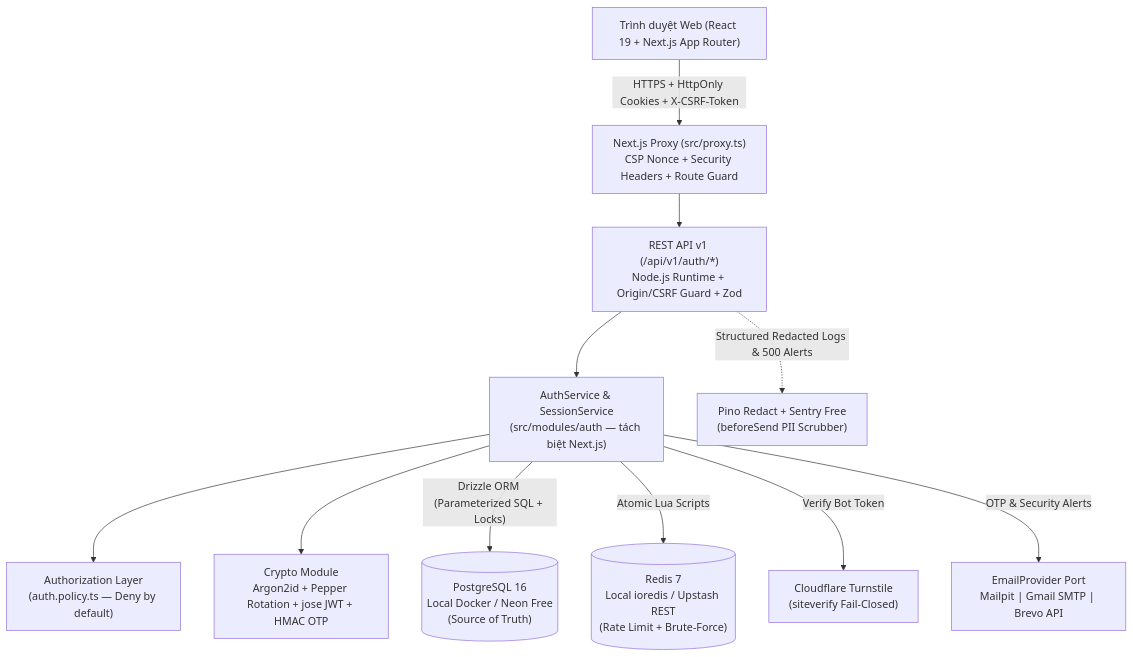
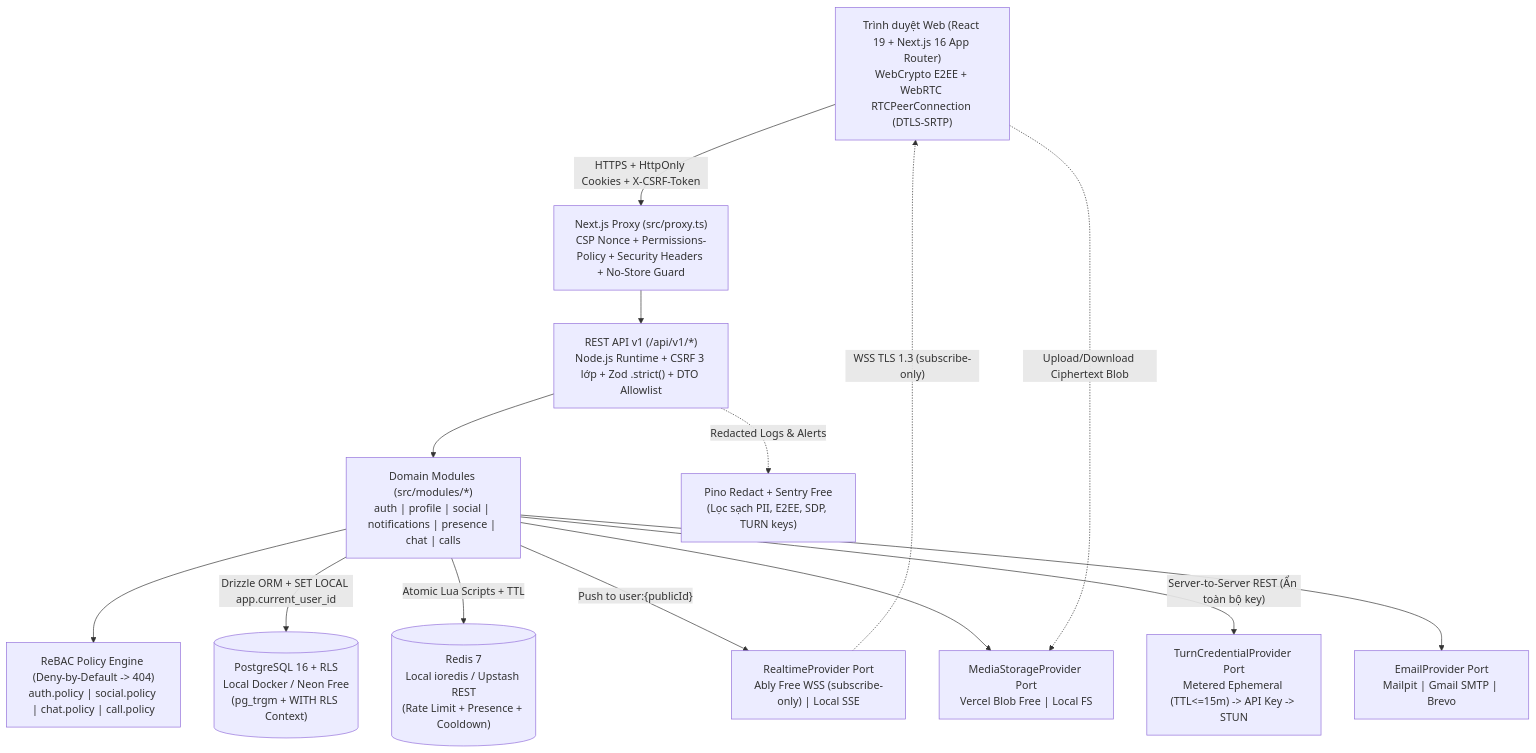
Before and after one commit to letrongphi160102/tomato: the first of 3 diagrams in README.md, drawn with Mermaid. The commit also changed other lines of this file and 71 other files, not shown here.

Commit message:
feat(calls,security): complete M12 WebRTC 1-1 calls, Phase 2 BOLA matrix, and CI hardening

````diff
--- a/README.md
+++ b/README.md
@@ -47,26 +58,30 @@
 ```mermaid
 flowchart TD
-    Browser["Trình duyệt Web (React 19 + Next.js App Router)"]
-    Proxy["Next.js Proxy (src/proxy.ts)<br/>CSP Nonce + Security Headers + Route Guard"]
-    API["REST API v1 (/api/v1/auth/*)<br/>Node.js Runtime + Origin/CSRF Guard + Zod"]
-    AuthSvc["AuthService & SessionService<br/>(src/modules/auth — tách biệt Next.js)"]
-    Policy["Authorization Layer<br/>(auth.policy.ts — Deny by default)"]
-    Crypto["Crypto Module<br/>Argon2id + Pepper Rotation + jose JWT + HMAC OTP"]
+    Browser["Trình duyệt Web (React 19 + Next.js 16 App Router)<br/>WebCrypto E2EE + WebRTC RTCPeerConnection (DTLS-SRTP)"]
+    Proxy["Next.js Proxy (src/proxy.ts)<br/>CSP Nonce + Permissions-Policy + Security Headers + No-Store Guard"]
+    API["REST API v1 (/api/v1/*)<br/>Node.js Runtime + CSRF 3 lớp + Zod .strict() + DTO Allowlist"]
+    Services["Domain Modules (src/modules/*)<br/>auth | profile | social | notifications | presence | chat | calls"]
+    Policy["ReBAC Policy Engine (Deny-by-Default -> 404)<br/>auth.policy | social.policy | chat.policy | call.policy"]
 
-    PG[("PostgreSQL 16<br/>Local Docker / Neon Free<br/>(Source of Truth)")]
-    Redis[("Redis 7<br/>Local ioredis / Upstash REST<br/>(Rate Limit + Brute-Force)")]
-    Turnstile["Cloudflare Turnstile<br/>(siteverify Fail-Closed)"]
-    Email["EmailProvider Port<br/>Mailpit | Gmail SMTP | Brevo API"]
-    Observability["Pino Redact + Sentry Free<br/>(beforeSend PII Scrubber)"]
+    PG[("PostgreSQL 16 + RLS<br/>Local Docker / Neon Free<br/>(pg_trgm + WITH RLS Context)")]
+    Redis[("Redis 7<br/>Local ioredis / Upstash REST<br/>(Rate Limit + Presence + Cooldown)")]
+    Realtime["RealtimeProvider Port<br/>Ably Free WSS (subscribe-only) | Local SSE"]
+    Storage["MediaStorageProvider Port<br/>Vercel Blob Free | Local FS"]
+    Turn["TurnCredentialProvider Port<br/>Metered Ephemeral (TTL<=15m) -> API Key -> STUN"]
+    Email["EmailProvider Port<br/>Mailpit | Gmail SMTP | Brevo"]
+    Obs["Pino Redact + Sentry Free<br/>(Lọc sạch PII, E2EE, SDP, TURN keys)"]
 
     Browser -->|"HTTPS + HttpOnly Cookies + X-CSRF-Token"| Proxy
     Proxy --> API
-    API --> AuthSvc
-    AuthSvc --> Policy
-    AuthSvc --> Crypto
-    AuthSvc -->|"Drizzle ORM (Parameterized SQL + Locks)"| PG
-    AuthSvc -->|"Atomic Lua Scripts"| Redis
-    AuthSvc -->|"Verify Bot Token"| Turnstile
-    AuthSvc -->|"OTP & Security Alerts"| Email
-    API -.->|"Structured Redacted Logs & 500 Alerts"| Observability
+    API --> Services
+    Services --> Policy
+    Services -->|"Drizzle ORM + SET LOCAL app.current_user_id"| PG
+    Services -->|"Atomic Lua Scripts + TTL"| Redis
+    Services -->|"Push to user:{publicId}"| Realtime
+    Realtime -.->|"WSS TLS 1.3 (subscribe-only)"| Browser
+    Services --> Storage
+    Browser -.->|"Upload/Download Ciphertext Blob"| Storage
+    Services -->|"Server-to-Server REST (Ẩn toàn bộ key)"| Turn
+    Services --> Email
+    API -.->|"Redacted Logs & Alerts"| Obs
 ```
````
